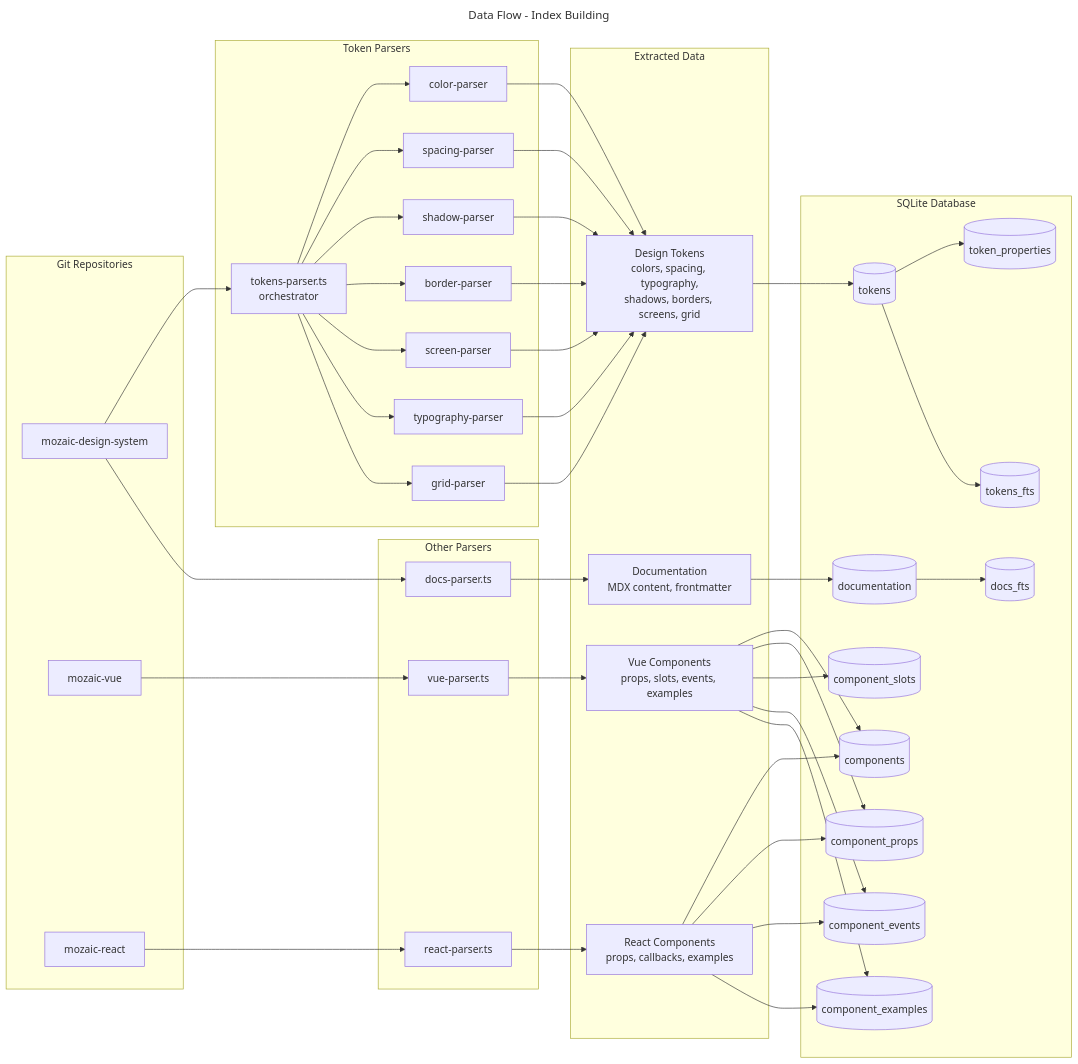
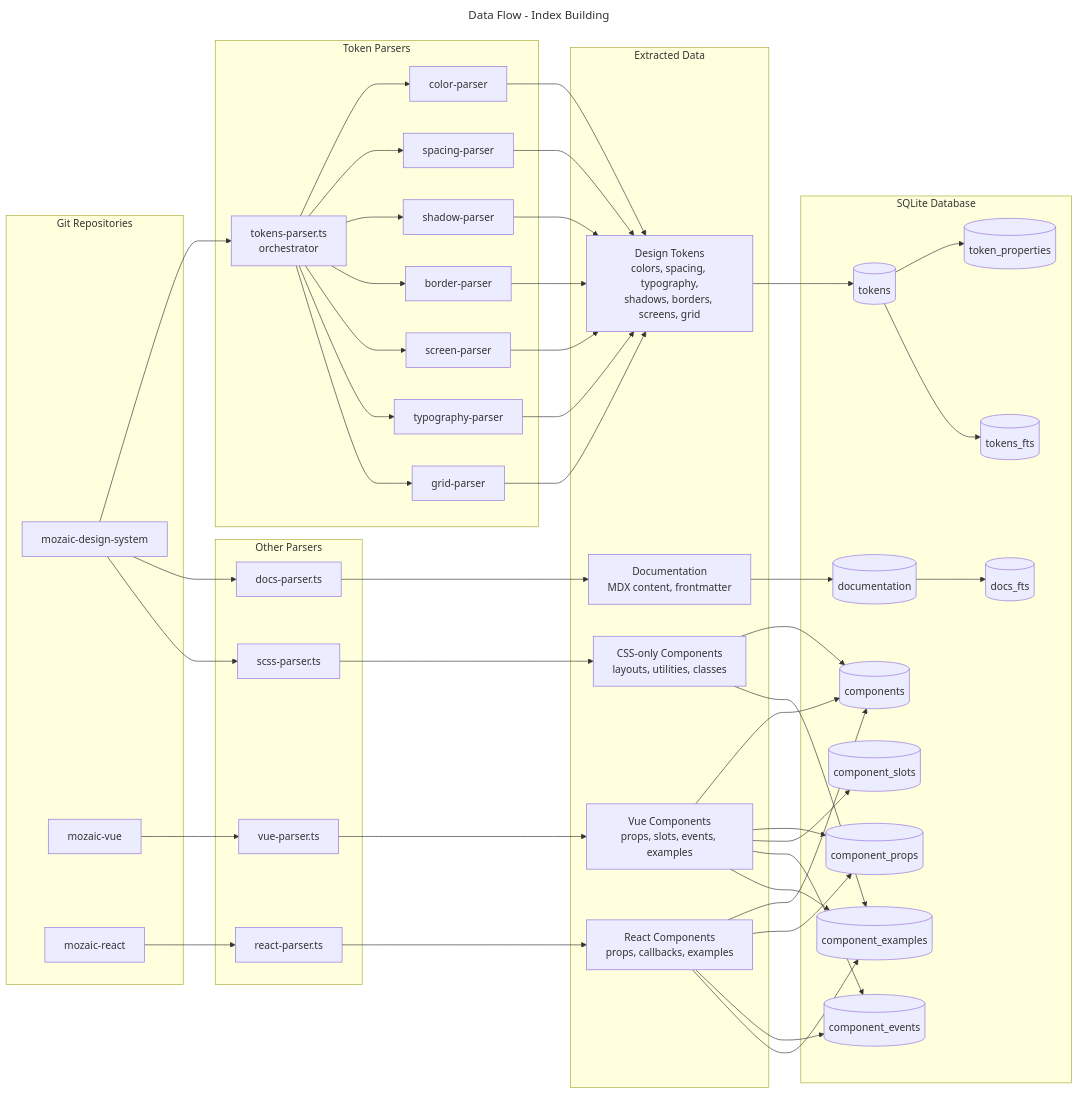
The diagram in docs/assets/dataflow.mmd (MerzoukeMansouri/adeo-mozaic-mcp), drawn with Mermaid before and after one commit. The commit also changed 9 other files, not shown here.

Commit message:
doc: update docs with scss parser

```diff
--- a/docs/assets/dataflow.mmd
+++ b/docs/assets/dataflow.mmd
@@ -1,59 +1,63 @@
 ---
 title: Data Flow - Index Building
 ---
 flowchart LR
     subgraph Repos["Git Repositories"]
         R1[mozaic-design-system]
         R2[mozaic-vue]
         R3[mozaic-react]
     end
 
     subgraph TokenParsers["Token Parsers"]
         TP[tokens-parser.ts<br/>orchestrator]
         TP1[color-parser]
         TP2[spacing-parser]
         TP3[shadow-parser]
         TP4[border-parser]
         TP5[screen-parser]
         TP6[typography-parser]
         TP7[grid-parser]
     end
 
     subgraph OtherParsers["Other Parsers"]
         P2[vue-parser.ts]
         P3[react-parser.ts]
         P4[docs-parser.ts]
+        P5[scss-parser.ts]
     end
 
     subgraph Data["Extracted Data"]
         D1[Design Tokens<br/>colors, spacing, typography,<br/>shadows, borders, screens, grid]
         D2[Vue Components<br/>props, slots, events, examples]
         D3[React Components<br/>props, callbacks, examples]
         D4[Documentation<br/>MDX content, frontmatter]
+        D5[CSS-only Components<br/>layouts, utilities, classes]
     end
 
     subgraph DB["SQLite Database"]
         T1[(tokens)]
         T1P[(token_properties)]
         T1F[(tokens_fts)]
         T2[(components)]
         T3[(component_props)]
         T4[(component_slots)]
         T5[(component_events)]
         T6[(component_examples)]
         T7[(documentation)]
         T8[(docs_fts)]
     end
 
     R1 --> TP
     TP --> TP1 & TP2 & TP3 & TP4 & TP5 & TP6 & TP7
     TP1 & TP2 & TP3 & TP4 & TP5 & TP6 & TP7 --> D1
     D1 --> T1
     T1 --> T1P & T1F
 
     R1 --> P4 --> D4 --> T7 --> T8
+    R1 --> P5 --> D5 --> T2
     R2 --> P2 --> D2 --> T2
     R3 --> P3 --> D3 --> T2
 
     D2 --> T3 & T4 & T5 & T6
     D3 --> T3 & T5 & T6
+    D5 --> T6
```
